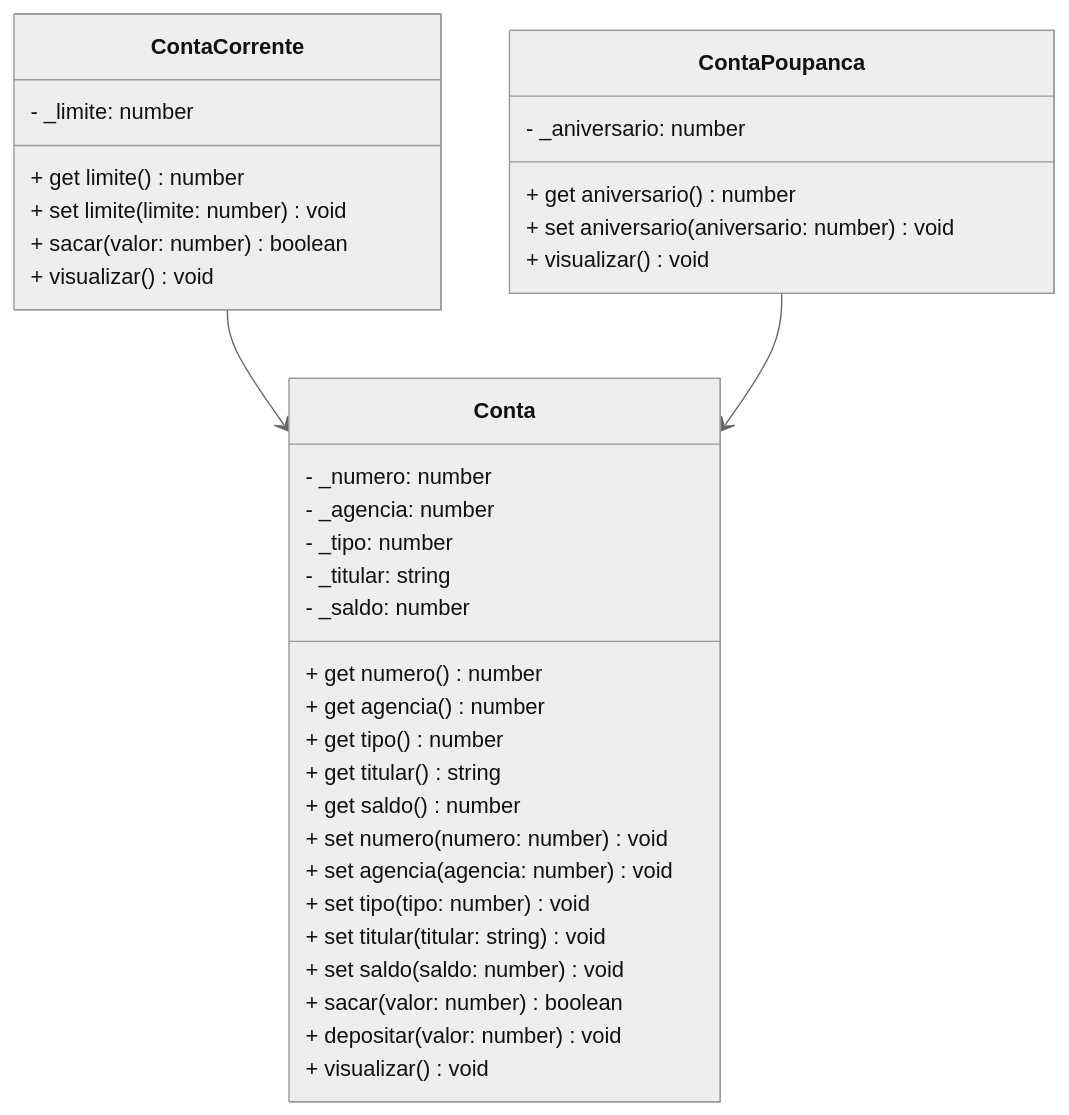
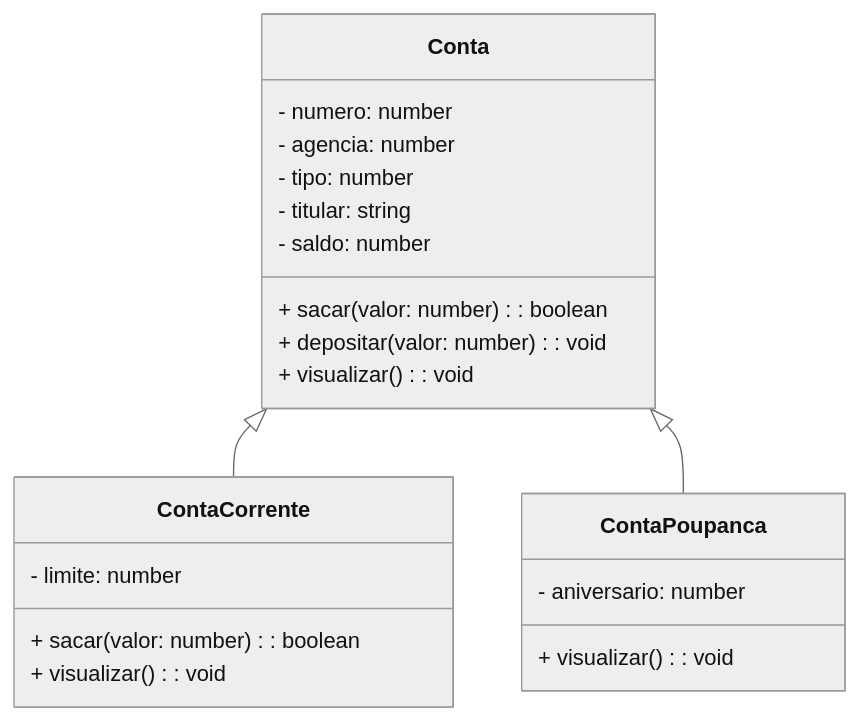
The diagram in README.md (EliseuZeu/conta_bancaria), drawn with Mermaid (neutral theme) before and after one commit. The commit also changed other lines of this file, not shown here.

`````diff
--- a/README.md
+++ b/README.md
@@ -37,38 +25,28 @@
 ```mermaid
 classDiagram
-class Conta {
-  - _numero: number
-  - _agencia: number
-  - _tipo: number
-  - _titular: string
-  - _saldo: number
-  + get numero() number
-  + get agencia() number
-  + get tipo() number
-  + get titular() string
-  + get saldo() number
-  + set numero(numero: number) void
-  + set agencia(agencia: number) void
-  + set tipo(tipo: number) void
-  + set titular(titular: string) void
-  + set saldo(saldo: number) void
-  + sacar(valor: number) boolean
-  + depositar(valor: number) void
-  + visualizar() void
-}
-class ContaCorrente {
-  - _limite: number
-  + get limite() number
-  + set limite(limite: number) void
-  + sacar(valor: number) boolean
-  + visualizar() void
-}
-class ContaPoupanca {
-  - _aniversario: number
-  + get aniversario() number
-  + set aniversario(aniversario: number) void
-  + visualizar() void
-}
-ContaCorrente --> Conta
-ContaPoupanca --> Conta
-```
+    class Conta {
+      - numero: number
+      - agencia: number
+      - tipo: number
+      - titular: string
+      - saldo: number
+      + sacar(valor: number): boolean
+      + depositar(valor: number): void
+      + visualizar(): void
+    }
+
+    class ContaCorrente {
+      - limite: number
+      + sacar(valor: number): boolean
+      + visualizar(): void
+    }
+
+    class ContaPoupanca {
+      - aniversario: number
+      + visualizar(): void
+    }
+
+    Conta <|-- ContaCorrente
+    Conta <|-- ContaPoupanca
+
+````
`````
